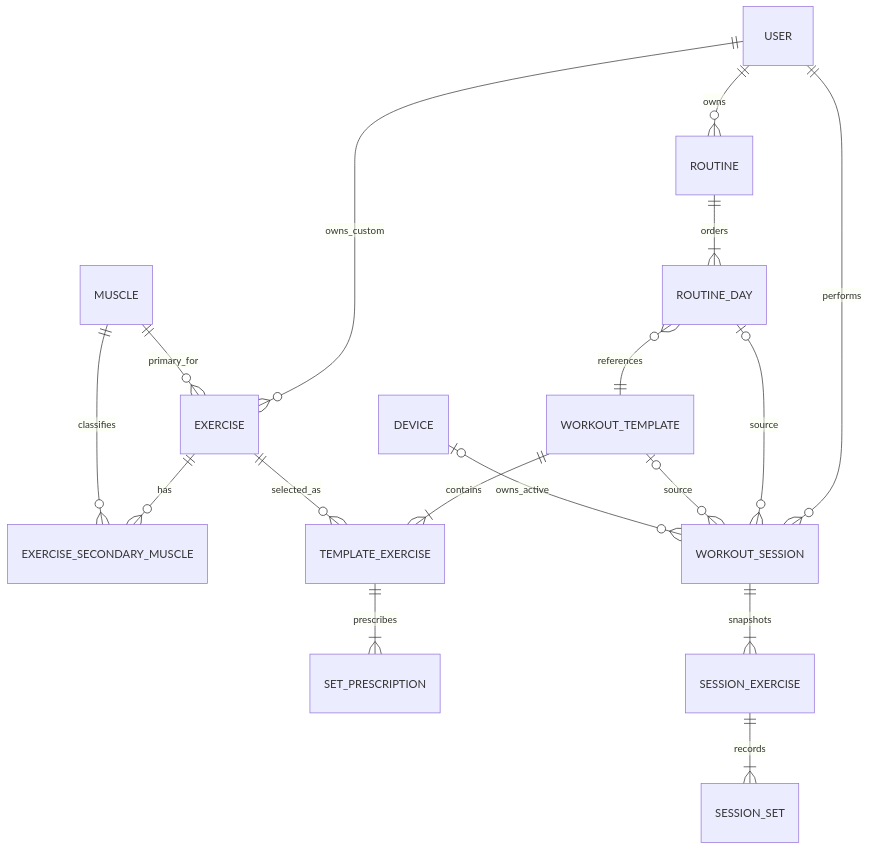
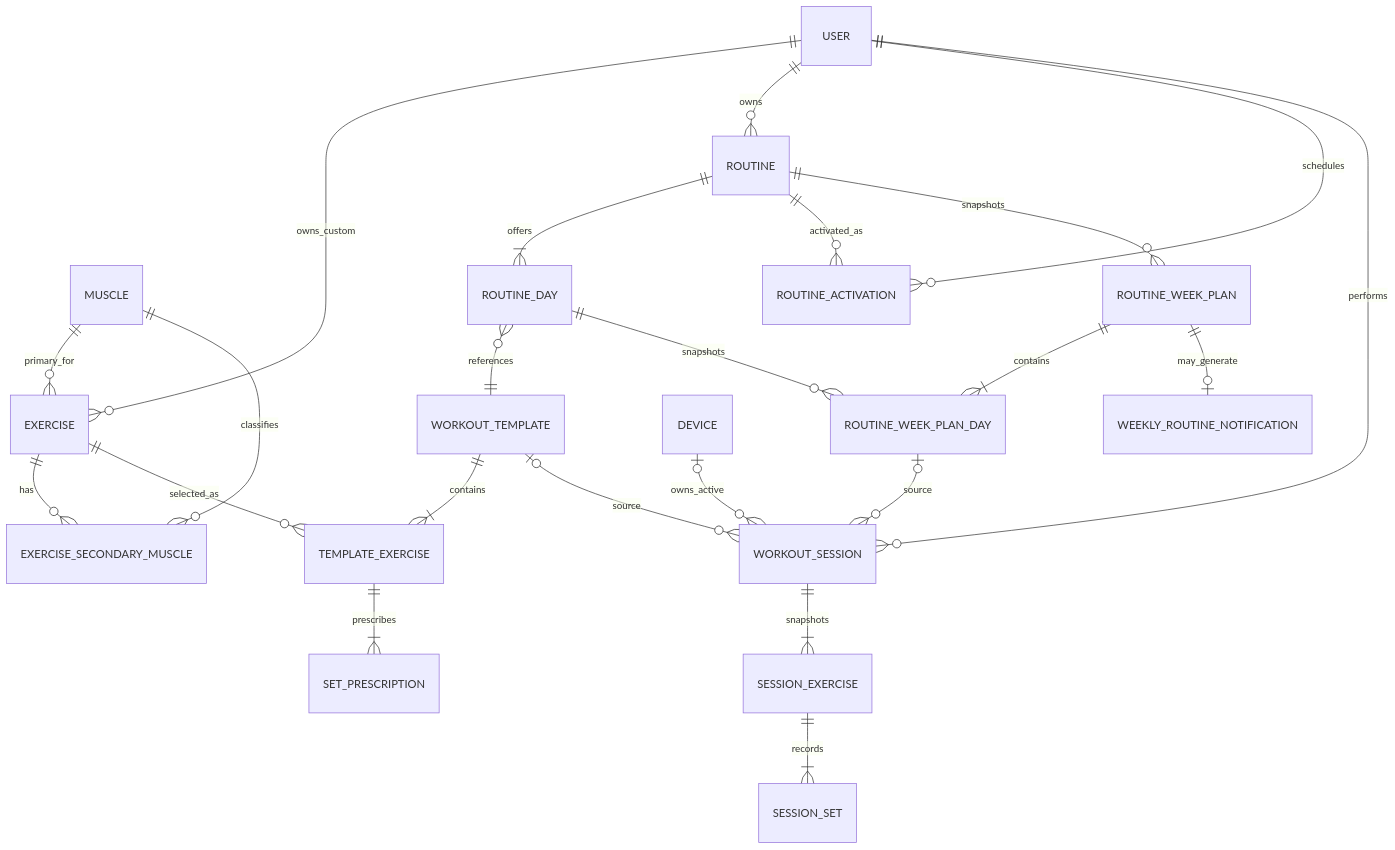
Before and after one commit to Exserlot/personal-workout-tracking: the first of 2 diagrams in docs/domain-model.md, drawn with Mermaid. The commit also changed other lines of this file and 76 other files, not shown here.

Commit message:
feat: add flexible weekly routine tracking

````diff
--- a/docs/domain-model.md
+++ b/docs/domain-model.md
@@ -46,21 +47,27 @@
 ```mermaid
 erDiagram
     USER ||--o{ EXERCISE : owns_custom
     MUSCLE ||--o{ EXERCISE : primary_for
     EXERCISE ||--o{ EXERCISE_SECONDARY_MUSCLE : has
     MUSCLE ||--o{ EXERCISE_SECONDARY_MUSCLE : classifies
 
     USER ||--o{ ROUTINE : owns
-    ROUTINE ||--|{ ROUTINE_DAY : orders
+    ROUTINE ||--|{ ROUTINE_DAY : offers
     ROUTINE_DAY }o--|| WORKOUT_TEMPLATE : references
+    USER ||--o{ ROUTINE_ACTIVATION : schedules
+    ROUTINE ||--o{ ROUTINE_ACTIVATION : activated_as
+    ROUTINE ||--o{ ROUTINE_WEEK_PLAN : snapshots
+    ROUTINE_WEEK_PLAN ||--|{ ROUTINE_WEEK_PLAN_DAY : contains
+    ROUTINE_DAY ||--o{ ROUTINE_WEEK_PLAN_DAY : snapshots
     WORKOUT_TEMPLATE ||--|{ TEMPLATE_EXERCISE : contains
     EXERCISE ||--o{ TEMPLATE_EXERCISE : selected_as
     TEMPLATE_EXERCISE ||--|{ SET_PRESCRIPTION : prescribes
 
     USER ||--o{ WORKOUT_SESSION : performs
-    ROUTINE_DAY o|--o{ WORKOUT_SESSION : source
+    ROUTINE_WEEK_PLAN_DAY o|--o{ WORKOUT_SESSION : source
     WORKOUT_TEMPLATE o|--o{ WORKOUT_SESSION : source
     WORKOUT_SESSION ||--|{ SESSION_EXERCISE : snapshots
     SESSION_EXERCISE ||--|{ SESSION_SET : records
     DEVICE o|--o{ WORKOUT_SESSION : owns_active
+    ROUTINE_WEEK_PLAN ||--o| WEEKLY_ROUTINE_NOTIFICATION : may_generate
 ```
````
